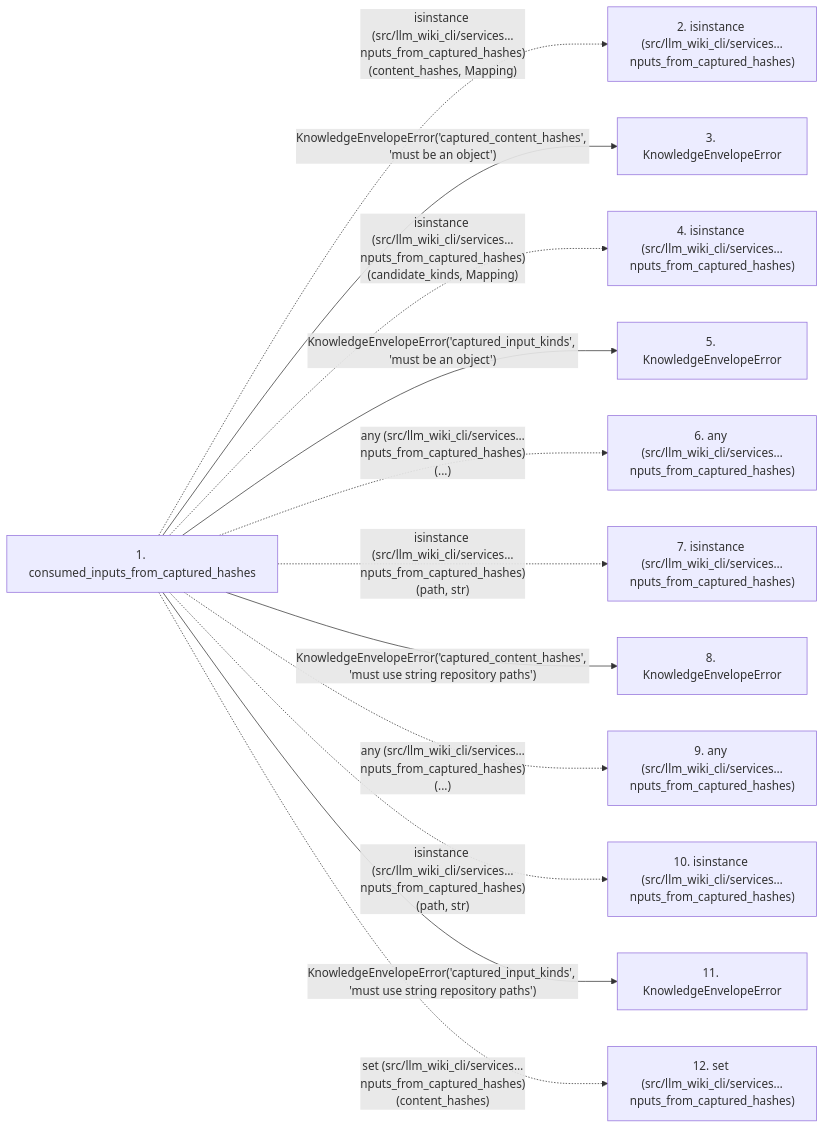
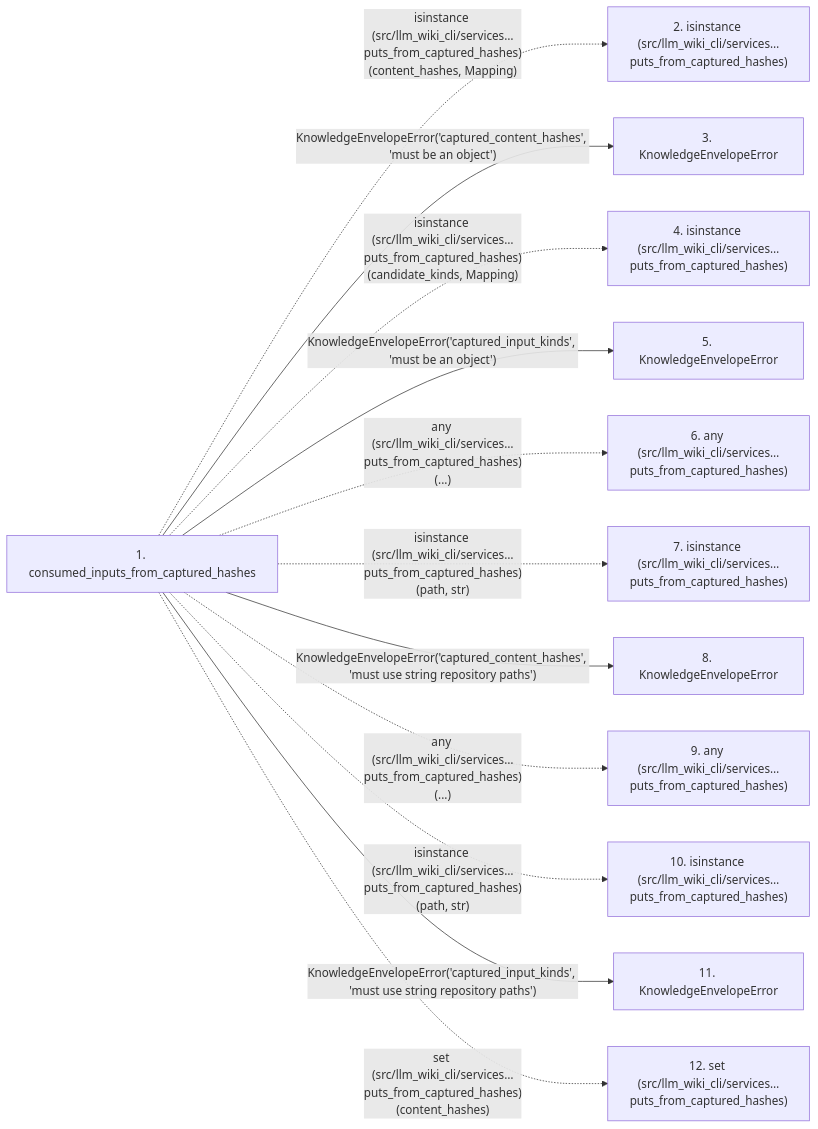
The second of 2 diagrams in docs/llm_wiki/flows/api-consumed_inputs_from_captured_hashes.md (Denissvgn/python-wiki-llm), drawn with Mermaid before and after one commit. The commit also changed other lines of this file and 865 other files, not shown here.

````diff
--- a/docs/llm_wiki/flows/api-consumed_inputs_from_captured_hashes.md
+++ b/docs/llm_wiki/flows/api-consumed_inputs_from_captured_hashes.md
@@ -68,31 +67,31 @@
 ```mermaid
 flowchart LR
     s1["1. consumed_inputs_from_captured_hashes"]
-    s2["2. isinstance (src/llm_wiki_cli/services…nputs_from_captured_hashes)"]
+    s2["2. isinstance (src/llm_wiki_cli/services…puts_from_captured_hashes)"]
     s3["3. KnowledgeEnvelopeError"]
-    s4["4. isinstance (src/llm_wiki_cli/services…nputs_from_captured_hashes)"]
+    s4["4. isinstance (src/llm_wiki_cli/services…puts_from_captured_hashes)"]
     s5["5. KnowledgeEnvelopeError"]
-    s6["6. any (src/llm_wiki_cli/services…nputs_from_captured_hashes)"]
-    s7["7. isinstance (src/llm_wiki_cli/services…nputs_from_captured_hashes)"]
+    s6["6. any (src/llm_wiki_cli/services…puts_from_captured_hashes)"]
+    s7["7. isinstance (src/llm_wiki_cli/services…puts_from_captured_hashes)"]
     s8["8. KnowledgeEnvelopeError"]
-    s9["9. any (src/llm_wiki_cli/services…nputs_from_captured_hashes)"]
-    s10["10. isinstance (src/llm_wiki_cli/services…nputs_from_captured_hashes)"]
+    s9["9. any (src/llm_wiki_cli/services…puts_from_captured_hashes)"]
+    s10["10. isinstance (src/llm_wiki_cli/services…puts_from_captured_hashes)"]
     s11["11. KnowledgeEnvelopeError"]
-    s12["12. set (src/llm_wiki_cli/services…nputs_from_captured_hashes)"]
-    s1 -. "isinstance (src/llm_wiki_cli/services…nputs_from_captured_hashes)(content_hashes, Mapping)" .-> s2
+    s12["12. set (src/llm_wiki_cli/services…puts_from_captured_hashes)"]
+    s1 -. "isinstance (src/llm_wiki_cli/services…puts_from_captured_hashes)(content_hashes, Mapping)" .-> s2
     s1 -->|"KnowledgeEnvelopeError('captured_content_hashes', 'must be an object')"| s3
-    s1 -. "isinstance (src/llm_wiki_cli/services…nputs_from_captured_hashes)(candidate_kinds, Mapping)" .-> s4
+    s1 -. "isinstance (src/llm_wiki_cli/services…puts_from_captured_hashes)(candidate_kinds, Mapping)" .-> s4
     s1 -->|"KnowledgeEnvelopeError('captured_input_kinds', 'must be an object')"| s5
-    s1 -. "any (src/llm_wiki_cli/services…nputs_from_captured_hashes)(...)" .-> s6
-    s1 -. "isinstance (src/llm_wiki_cli/services…nputs_from_captured_hashes)(path, str)" .-> s7
+    s1 -. "any (src/llm_wiki_cli/services…puts_from_captured_hashes)(...)" .-> s6
+    s1 -. "isinstance (src/llm_wiki_cli/services…puts_from_captured_hashes)(path, str)" .-> s7
     s1 -->|"KnowledgeEnvelopeError('captured_content_hashes', 'must use string repository paths')"| s8
-    s1 -. "any (src/llm_wiki_cli/services…nputs_from_captured_hashes)(...)" .-> s9
-    s1 -. "isinstance (src/llm_wiki_cli/services…nputs_from_captured_hashes)(path, str)" .-> s10
+    s1 -. "any (src/llm_wiki_cli/services…puts_from_captured_hashes)(...)" .-> s9
+    s1 -. "isinstance (src/llm_wiki_cli/services…puts_from_captured_hashes)(path, str)" .-> s10
     s1 -->|"KnowledgeEnvelopeError('captured_input_kinds', 'must use string repository paths')"| s11
-    s1 -. "set (src/llm_wiki_cli/services…nputs_from_captured_hashes)(content_hashes)" .-> s12
+    s1 -. "set (src/llm_wiki_cli/services…puts_from_captured_hashes)(content_hashes)" .-> s12
     click s1 "../modules/knowledge_envelope.md"
     click s3 "../modules/knowledge_envelope.md"
     click s5 "../modules/knowledge_envelope.md"
     click s8 "../modules/knowledge_envelope.md"
     click s11 "../modules/knowledge_envelope.md"
 ```
````
